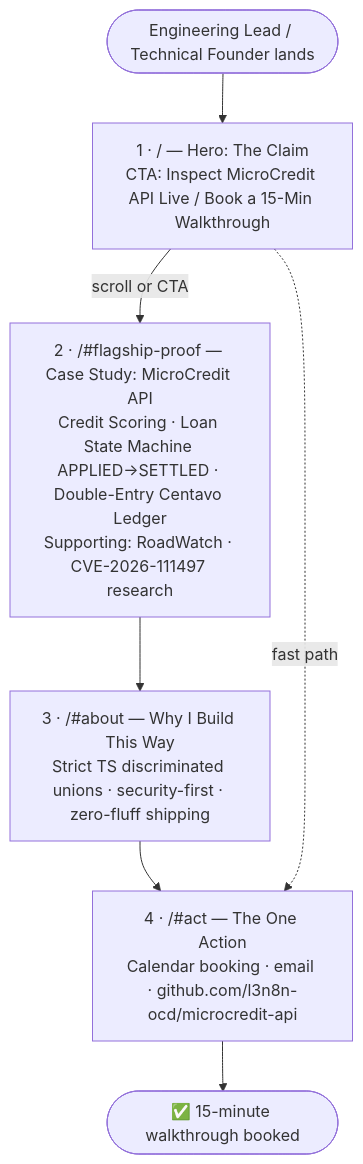
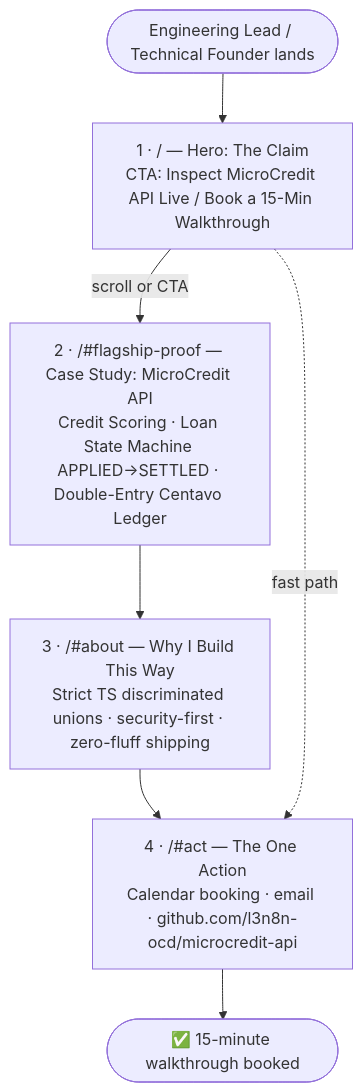
The first of 2 diagrams in docs/PORTFOLIO_PATH.md (l3n8n-ocd/microcredit-api), drawn with Mermaid before and after one commit. The commit also changed other lines of this file, not shown here.

Commit message:
docs(sitemap): remove unverified supporting projects from portfolio path

````diff
--- a/docs/PORTFOLIO_PATH.md
+++ b/docs/PORTFOLIO_PATH.md
@@ -83,11 +82,11 @@
 ```mermaid
 flowchart TD
     L([Engineering Lead / Technical Founder lands]) --> H
     H["1 · / — Hero: The Claim<br/>CTA: Inspect MicroCredit API Live / Book a 15-Min Walkthrough"]
     H -->|scroll or CTA| F
-    F["2 · /#flagship-proof — Case Study: MicroCredit API<br/>Credit Scoring · Loan State Machine APPLIED→SETTLED · Double-Entry Centavo Ledger<br/>Supporting: RoadWatch · CVE-2026-111497 research"]
+    F["2 · /#flagship-proof — Case Study: MicroCredit API<br/>Credit Scoring · Loan State Machine APPLIED→SETTLED · Double-Entry Centavo Ledger"]
     F --> A["3 · /#about — Why I Build This Way<br/>Strict TS discriminated unions · security-first · zero-fluff shipping"]
     A --> X["4 · /#act — The One Action<br/>Calendar booking · email · github.com/l3n8n-ocd/microcredit-api"]
     H -.->|fast path| X
     X --> D([✅ 15-minute walkthrough booked])
 ```
````
